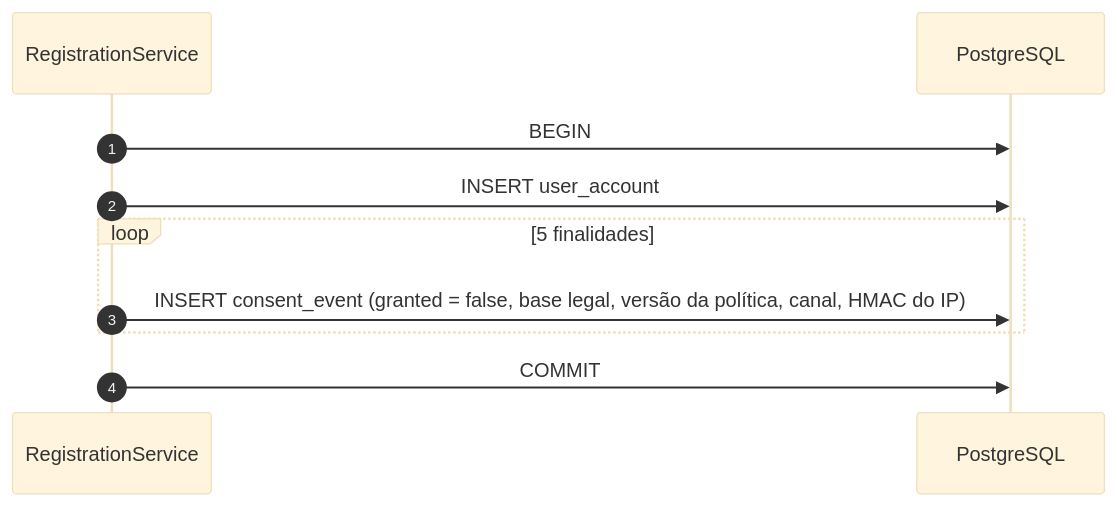
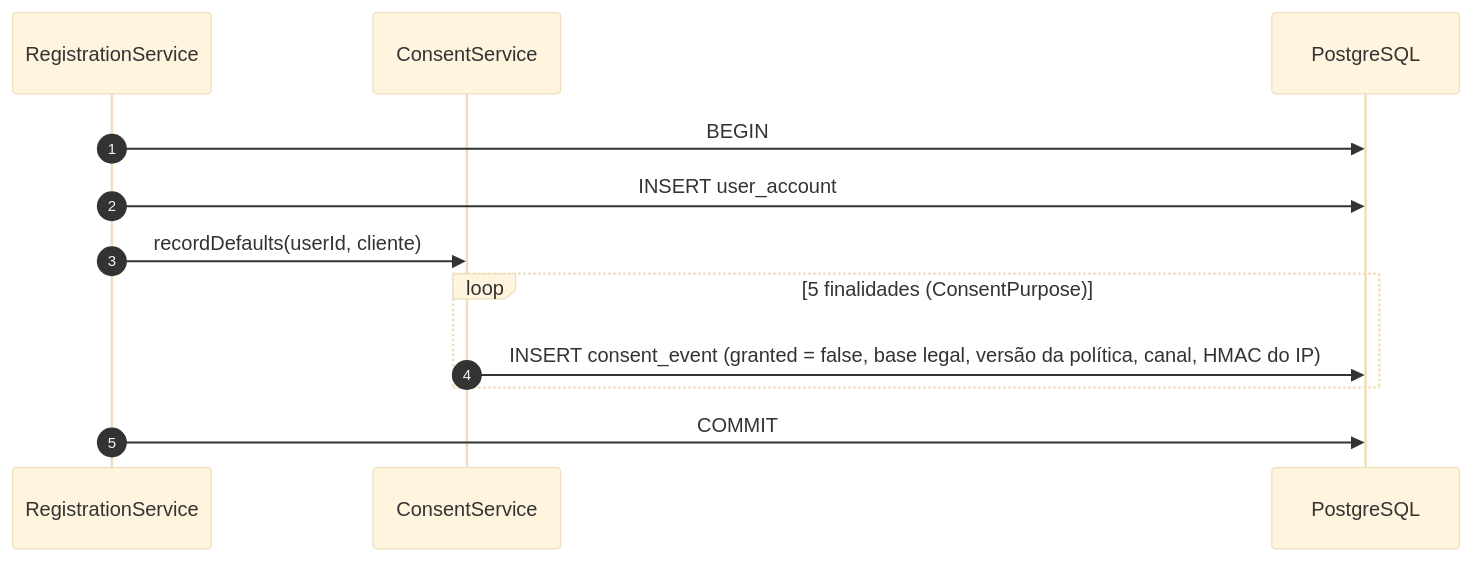
Before and after one commit to MatheusHaliski/Friendly-Eats: the first of 3 diagrams in docs/RF3/sequencia.md, drawn with Mermaid (base theme). The commit also changed other lines of this file and 22 other files, not shown here.

````diff
--- a/docs/RF3/sequencia.md
+++ b/docs/RF3/sequencia.md
@@ -5,12 +5,14 @@
 ```mermaid
 sequenceDiagram
     autonumber
     participant R as RegistrationService
+    participant C as ConsentService
     participant DB as PostgreSQL
     R->>DB: BEGIN
     R->>DB: INSERT user_account
-    loop 5 finalidades
-        R->>DB: INSERT consent_event (granted = false, base legal, versão da política, canal, HMAC do IP)
+    R->>C: recordDefaults(userId, cliente)
+    loop 5 finalidades (ConsentPurpose)
+        C->>DB: INSERT consent_event (granted = false, base legal, versão da política, canal, HMAC do IP)
     end
     R->>DB: COMMIT
 ```
````
